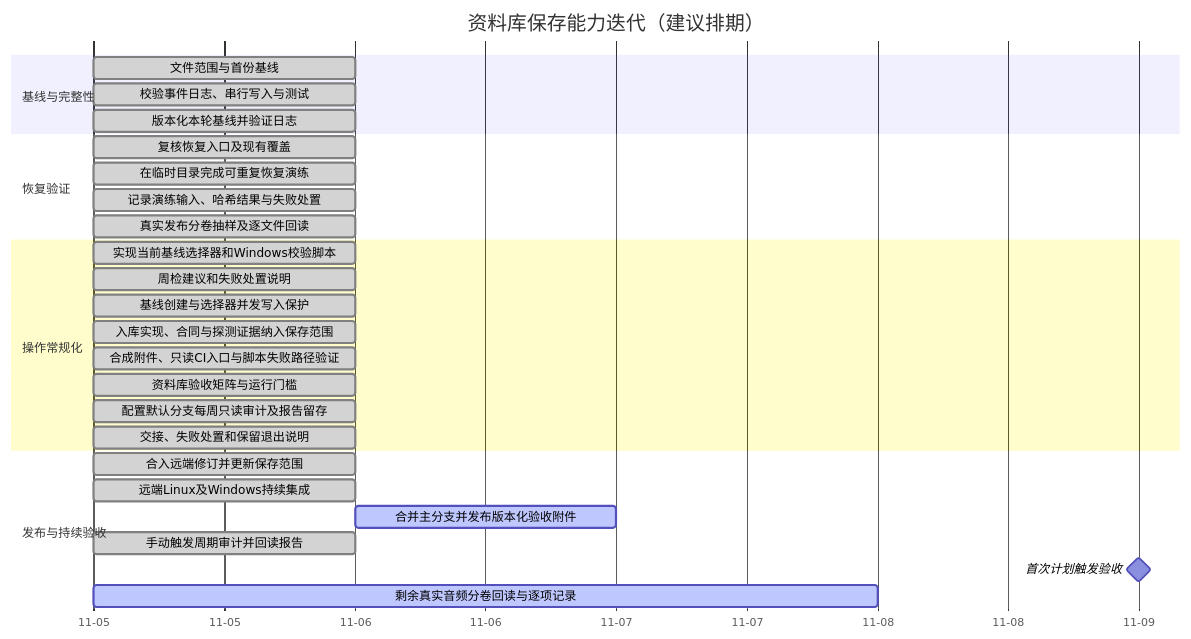
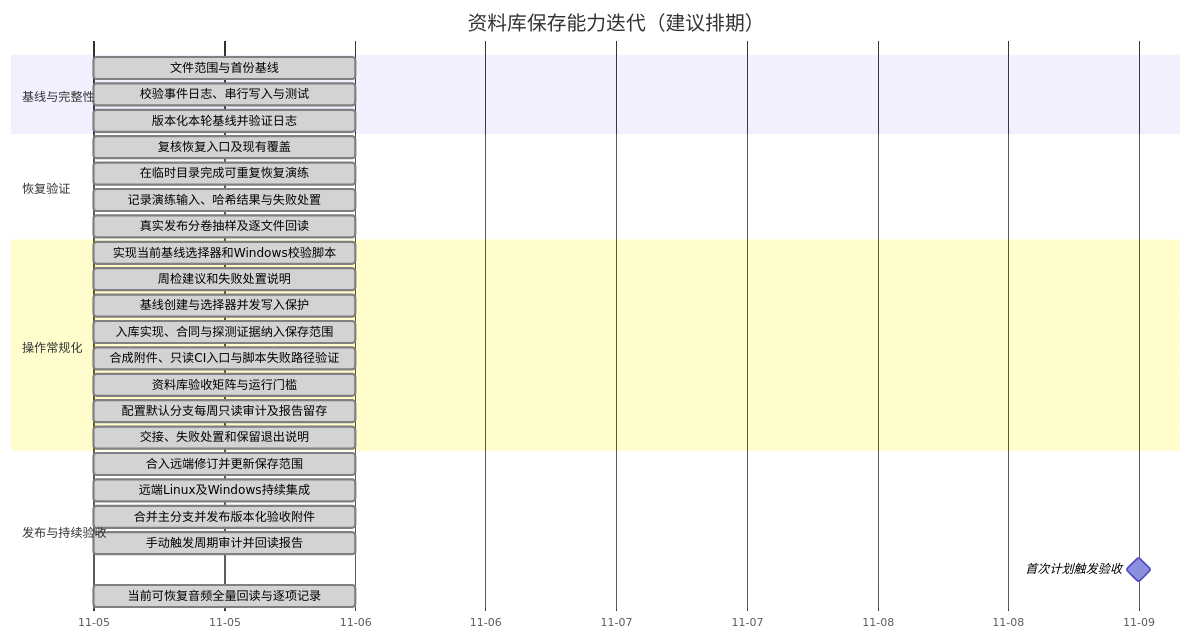
One commit to chosenecho/weimingzi-data changed the diagram in docs/PRESERVATION-ROADMAP.md. Above: the diagram before and after it, drawn with Mermaid. The commit also changed other lines of this file and 11 other files, not shown here.

````diff
--- a/docs/PRESERVATION-ROADMAP.md
+++ b/docs/PRESERVATION-ROADMAP.md
@@ -5,31 +5,31 @@
 ```mermaid
 gantt
     title 资料库保存能力迭代（建议排期）
     dateFormat YYYY-MM-DD
     axisFormat %m-%d
     section 基线与完整性
     文件范围与首份基线                 :done, base, 2026-11-05, 1d
     校验事件日志、串行写入与测试         :done, fixity, 2026-11-05, 1d
     版本化本轮基线并验证日志             :done, fixity_release, 2026-11-05, 1d
     section 恢复验证
     复核恢复入口及现有覆盖               :done, restore_audit, 2026-11-05, 1d
     在临时目录完成可重复恢复演练           :done, restore_drill, 2026-11-05, 1d
     记录演练输入、哈希结果与失败处置       :done, restore_evidence, 2026-11-05, 1d
     真实发布分卷抽样及逐文件回读           :done, live_restore_sample, 2026-11-05, 1d
     section 操作常规化
     实现当前基线选择器和Windows校验脚本     :done, cadence_entry, 2026-11-05, 1d
     周检建议和失败处置说明                 :done, runbook, 2026-11-05, 1d
     基线创建与选择器并发写入保护             :done, writer_lock, 2026-11-05, 1d
     入库实现、合同与探测证据纳入保存范围       :done, ingest_context, 2026-11-05, 1d
     合成附件、只读CI入口与脚本失败路径验证      :done, acceptance_checks, 2026-11-05, 1d
     资料库验收矩阵与运行门槛                  :done, acceptance_matrix, 2026-11-05, 1d
     配置默认分支每周只读审计及报告留存       :done, schedule_config, 2026-11-05, 1d
     交接、失败处置和保留退出说明             :done, handover_runbook, 2026-11-05, 1d
     section 发布与持续验收
     合入远端修订并更新保存范围               :done, upstream_merge, 2026-11-05, 1d
     远端Linux及Windows持续集成               :done, remote_ci, 2026-11-05, 1d
-    合并主分支并发布版本化验收附件           :active, publication, after remote_ci, 1d
+    合并主分支并发布版本化验收附件           :done, publication, 2026-11-05, 1d
     手动触发周期审计并回读报告               :done, manual_audit, 2026-11-05, 1d
     首次计划触发验收                         :milestone, scheduled_run, 2026-11-09, 0d
-    剩余真实音频分卷回读与逐项记录           :active, full_restore, 2026-11-05, 3d
+    当前可恢复音频全量回读与逐项记录         :done, full_restore, 2026-11-05, 1d
 ```
````
